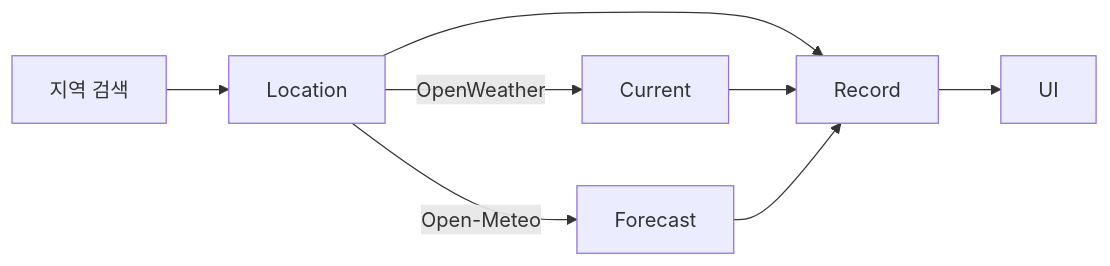
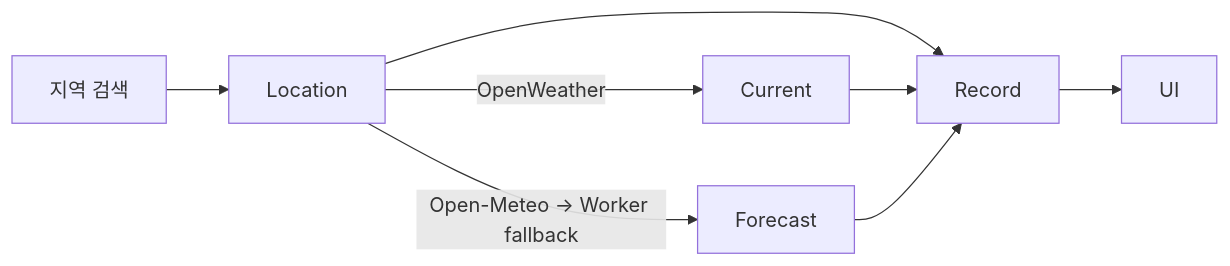
Before and after one commit to seungminoh-dev/skala-vue: the diagram in docs/core-weather-objects.md, drawn with Mermaid. The commit also changed other lines of this file and 3 other files, not shown here.

````diff
--- a/docs/core-weather-objects.md
+++ b/docs/core-weather-objects.md
@@ -90,10 +93,10 @@
 ```mermaid
 flowchart LR
   Search[지역 검색] --> Location
   Location -->|OpenWeather| Current
-  Location -->|Open-Meteo| Forecast
+  Location -->|Open-Meteo → Worker fallback| Forecast
   Location --> Record
   Current --> Record
   Forecast --> Record
   Record --> UI
 ```
````
